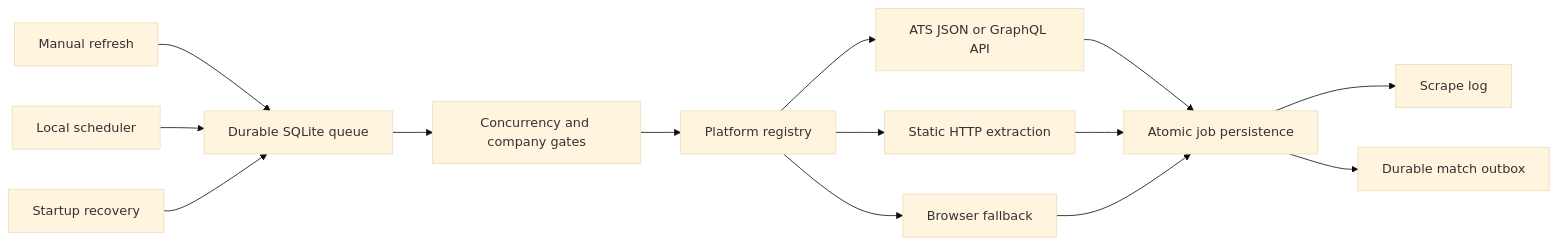
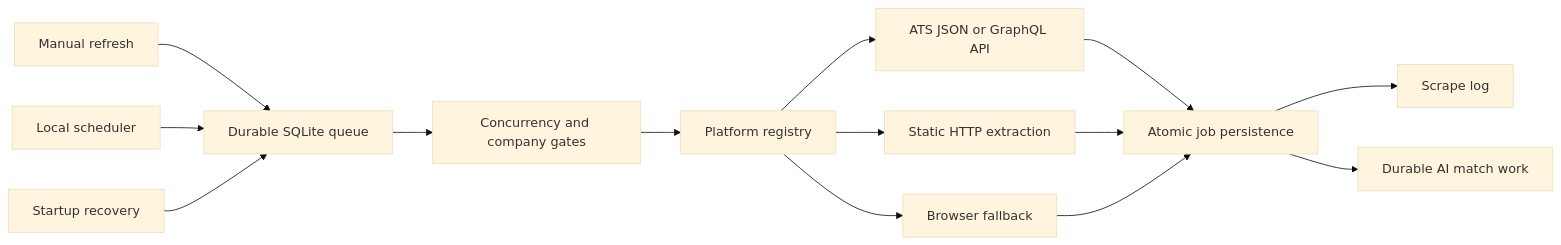
The diagram in docs/scraper-architecture.md (Chandresh726/Switchy), drawn with Mermaid (base theme) before and after one commit. The commit also changed other lines of this file and 304 other files, not shown here.

````diff
--- a/docs/scraper-architecture.md
+++ b/docs/scraper-architecture.md
@@ -7,16 +7,16 @@
 ```mermaid
 flowchart LR
   A[Manual refresh] --> Q[Durable SQLite queue]
   B[Local scheduler] --> Q
   C[Startup recovery] --> Q
   Q --> G[Concurrency and company gates]
   G --> R[Platform registry]
   R --> API[ATS JSON or GraphQL API]
   R --> HTTP[Static HTTP extraction]
   R --> Browser[Browser fallback]
   API --> P[Atomic job persistence]
   HTTP --> P
   Browser --> P
   P --> L[Scrape log]
-  P --> M[Durable match outbox]
+  P --> M[Durable AI match work]
 ```
````
